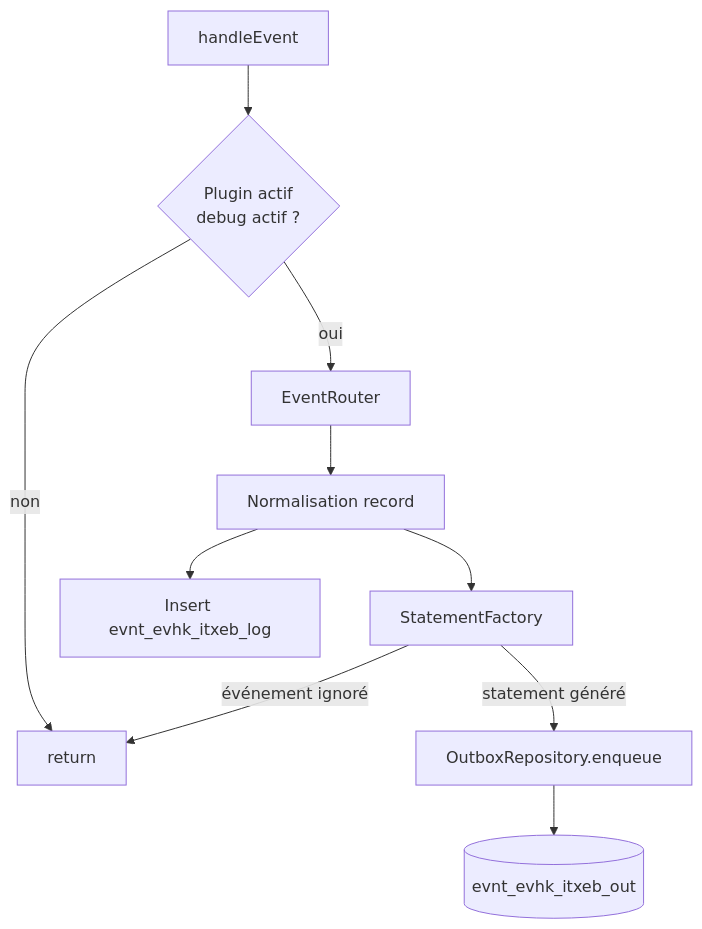
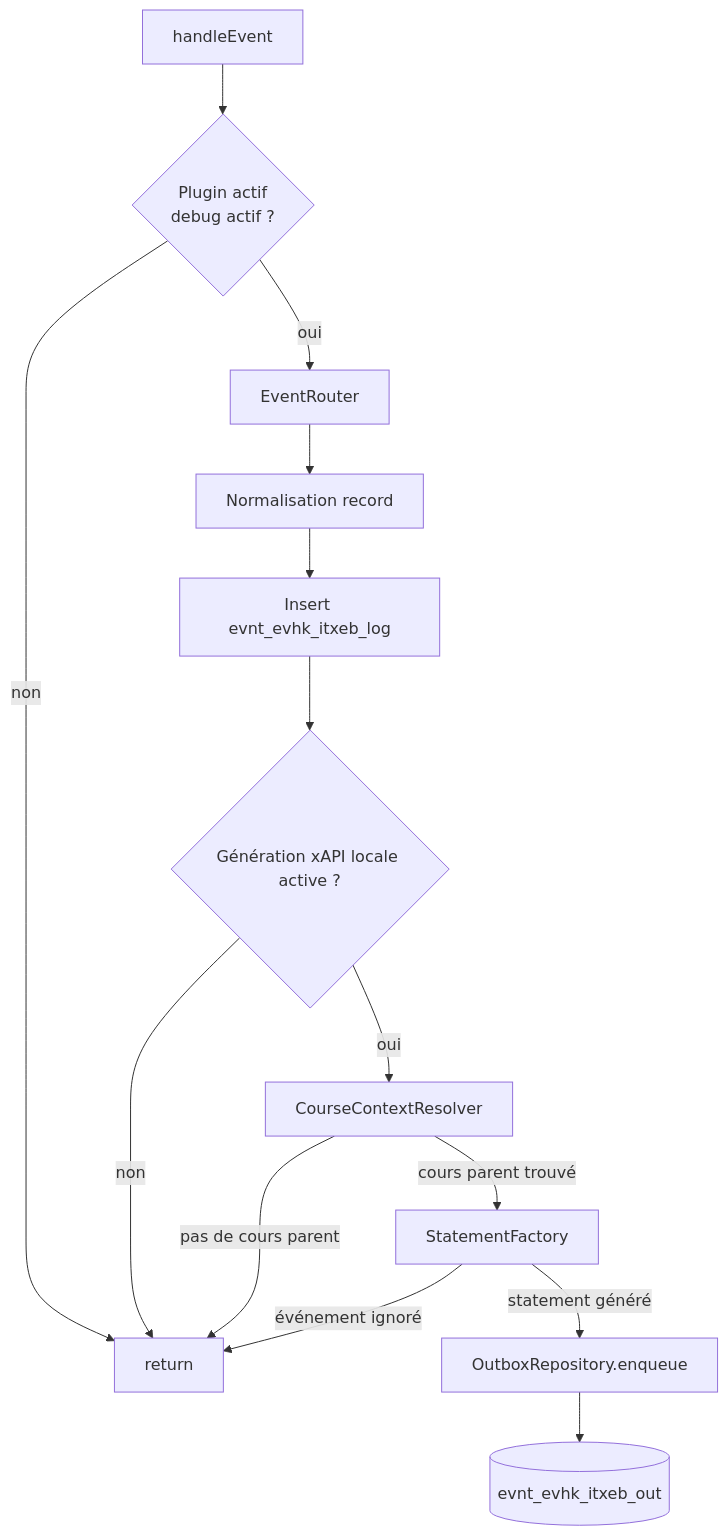
One commit to vincent-sayah/IliasTraxEventBridge changed the diagram in README_TECHNIQUE.md. Above: the diagram before and after it, drawn with Mermaid. The commit also changed other lines of this file, not shown here.

Commit message:
Document v0.5 technical course filter

````diff
--- a/README_TECHNIQUE.md
+++ b/README_TECHNIQUE.md
@@ -45,15 +48,18 @@
 ```mermaid
 flowchart TD
     H[handleEvent] --> C{Plugin actif<br>debug actif ?}
     C -->|non| END[return]
     C -->|oui| R[EventRouter]
 
     R --> N[Normalisation record]
     N --> L[Insert evnt_evhk_itxeb_log]
-    N --> F[StatementFactory]
+    L --> G{Génération xAPI locale active ?}
+    G -->|non| END
+    G -->|oui| CRS[CourseContextResolver]
+    CRS -->|pas de cours parent| END
+    CRS -->|cours parent trouvé| F[StatementFactory]
 
     F -->|événement ignoré| END
     F -->|statement généré| O[OutboxRepository.enqueue]
-
     O --> DB[(evnt_evhk_itxeb_out)]
 ```
````
